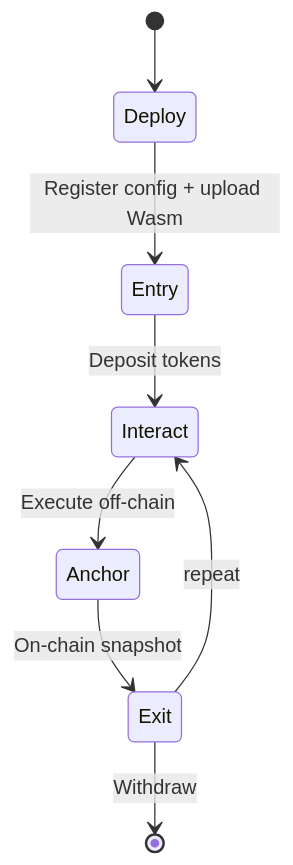
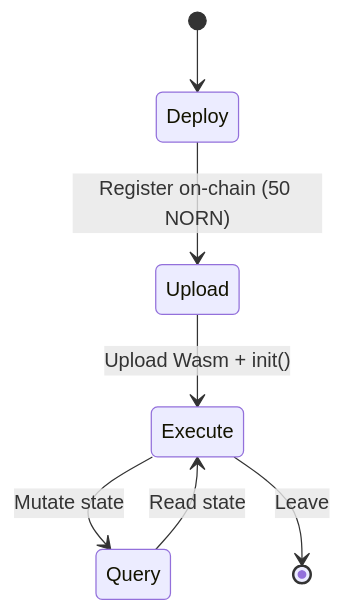
Before and after one commit to augmnt/norn-protocol: the second of 2 diagrams in docs/Norn_Protocol_White_Paper.md, drawn with Mermaid. The commit also changed other lines of this file and 6 other files, not shown here.

````diff
--- a/docs/Norn_Protocol_White_Paper.md
+++ b/docs/Norn_Protocol_White_Paper.md
@@ -549,10 +557,9 @@
 ```mermaid
 stateDiagram-v2
     [*] --> Deploy
-    Deploy --> Entry : Register config + upload Wasm
-    Entry --> Interact : Deposit tokens
-    Interact --> Anchor : Execute off-chain
-    Anchor --> Exit : On-chain snapshot
-    Exit --> Interact : repeat
-    Exit --> [*] : Withdraw
+    Deploy --> Upload : Register on-chain (50 NORN)
+    Upload --> Execute : Upload Wasm + init()
+    Execute --> Query : Mutate state
+    Query --> Execute : Read state
+    Execute --> [*] : Leave
 ```
````
